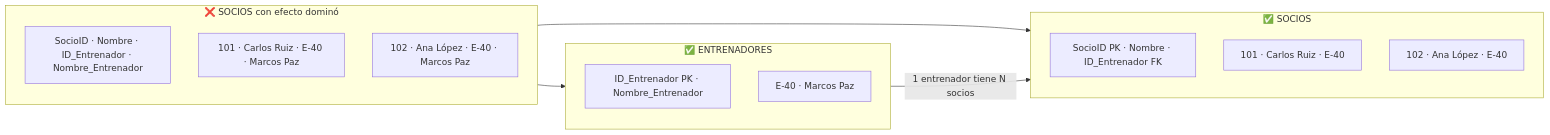
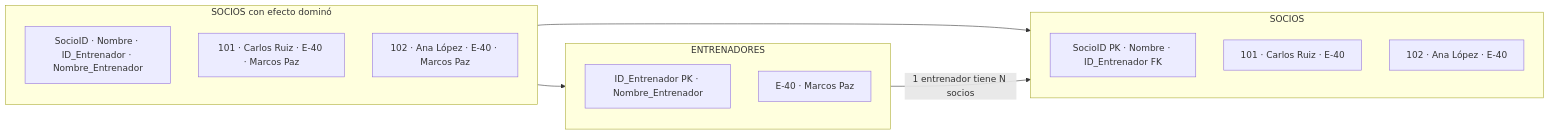
Before and after one commit to leanaraque/data_analytics_2026: diagram 16 of 18 in documentacion/Semana-02-Esquemas-Conceptos.md, drawn with Mermaid. The commit also changed other lines of this file and 109 other files, not shown here.

````diff
--- a/documentacion/Semana-02-Esquemas-Conceptos.md
+++ b/documentacion/Semana-02-Esquemas-Conceptos.md
@@ -303,23 +303,23 @@
 ```mermaid
 flowchart LR
-    subgraph ANTES["❌ SOCIOS con efecto dominó"]
+    subgraph ANTES["SOCIOS con efecto dominó"]
         A1["SocioID · Nombre · ID_Entrenador · Nombre_Entrenador"]
         A2["101 · Carlos Ruiz · E-40 · Marcos Paz"]
         A3["102 · Ana López · E-40 · Marcos Paz"]
     end
 
-    subgraph SOCIOS["✅ SOCIOS"]
+    subgraph SOCIOS["SOCIOS"]
         S1["SocioID PK · Nombre · ID_Entrenador FK"]
         S2["101 · Carlos Ruiz · E-40"]
         S3["102 · Ana López · E-40"]
     end
 
-    subgraph ENTRENADORES["✅ ENTRENADORES"]
+    subgraph ENTRENADORES["ENTRENADORES"]
         E1["ID_Entrenador PK · Nombre_Entrenador"]
         E2["E-40 · Marcos Paz"]
     end
 
     ANTES --> SOCIOS
     ANTES --> ENTRENADORES
     ENTRENADORES -- "1 entrenador tiene N socios" --> SOCIOS
 ```
````
